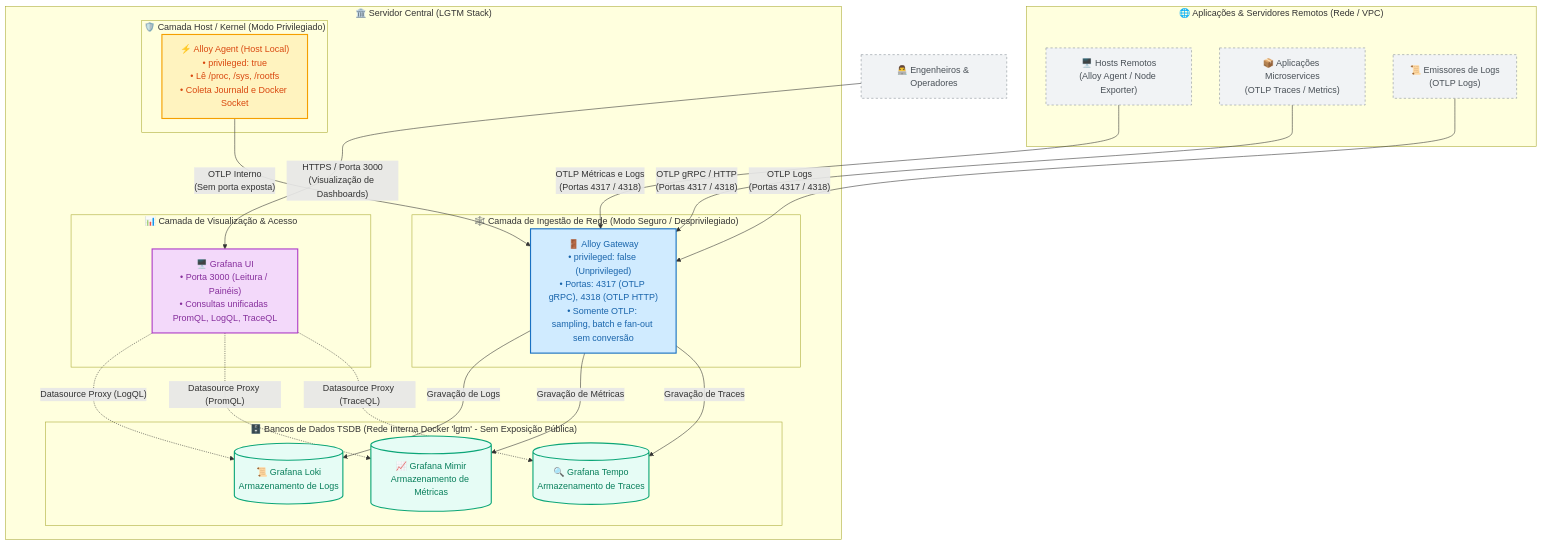
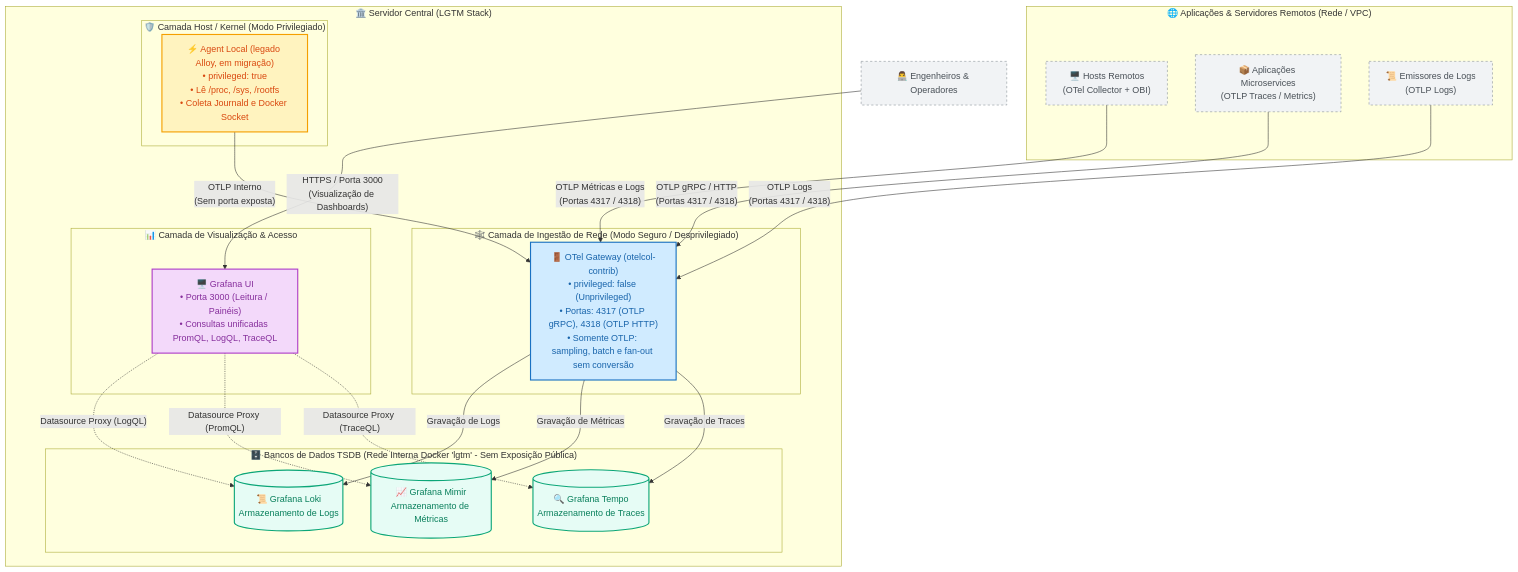
Before and after one commit to danielsabatini/lgtm-stack-otel: the diagram in docs/ARCHITECTURE.md, drawn with Mermaid. The commit also changed other lines of this file and 64 other files, not shown here.

````diff
--- a/docs/ARCHITECTURE.md
+++ b/docs/ARCHITECTURE.md
@@ -32,52 +32,52 @@
 ```mermaid
 flowchart TB
     %% Estilos e Classes
     classDef hostBox fill:#f8f9fa,stroke:#495057,stroke-width:2px,color:#212529;
     classDef privBox fill:#fff3bf,stroke:#f59f00,stroke-width:2px,color:#d9480f;
     classDef gtwBox fill:#d0ebff,stroke:#1971c2,stroke-width:2px,color:#1864ab;
     classDef tsdbBox fill:#e6fcf5,stroke:#0ca678,stroke-width:2px,color:#087f5b;
     classDef uiBox fill:#f3d9fa,stroke:#ae3ec9,stroke-width:2px,color:#862e9c;
     classDef extBox fill:#f1f3f5,stroke:#868e96,stroke-dasharray: 4 4,color:#495057;
 
     subgraph EXT ["🌐 Aplicações & Servidores Remotos (Rede / VPC)"]
-        APP1["🖥️ Hosts Remotos<br/>(Alloy Agent / Node Exporter)"]:::extBox
+        APP1["🖥️ Hosts Remotos<br/>(OTel Collector + OBI)"]:::extBox
         APP2["📦 Aplicações Microservices<br/>(OTLP Traces / Metrics)"]:::extBox
         APP3["📜 Emissores de Logs<br/>(OTLP Logs)"]:::extBox
     end
 
     subgraph STACK ["🏛️ Servidor Central (LGTM Stack)"]
         subgraph PRIV ["🛡️ Camada Host / Kernel (Modo Privilegiado)"]
-            AGENT["⚡ Alloy Agent (Host Local)<br/>• privileged: true<br/>• Lê /proc, /sys, /rootfs<br/>• Coleta Journald e Docker Socket"]:::privBox
+            AGENT["⚡ Agent Local (legado Alloy, em migração)<br/>• privileged: true<br/>• Lê /proc, /sys, /rootfs<br/>• Coleta Journald e Docker Socket"]:::privBox
         end
 
         subgraph UNPRIV ["🕸️ Camada de Ingestão de Rede (Modo Seguro / Desprivilegiado)"]
-            GATEWAY["🚪 Alloy Gateway<br/>• privileged: false (Unprivileged)<br/>• Portas: 4317 (OTLP gRPC), 4318 (OTLP HTTP)<br/>• Somente OTLP: sampling, batch e fan-out sem conversão"]:::gtwBox
+            GATEWAY["🚪 OTel Gateway (otelcol-contrib)<br/>• privileged: false (Unprivileged)<br/>• Portas: 4317 (OTLP gRPC), 4318 (OTLP HTTP)<br/>• Somente OTLP: sampling, batch e fan-out sem conversão"]:::gtwBox
         end
 
         subgraph BACKENDS ["🗄️ Bancos de Dados TSDB (Rede Interna Docker 'lgtm' - Sem Exposição Pública)"]
             LOKI[("📜 Grafana Loki<br/>Armazenamento de Logs")]:::tsdbBox
             MIMIR[("📈 Grafana Mimir<br/>Armazenamento de Métricas")]:::tsdbBox
             TEMPO[("🔍 Grafana Tempo<br/>Armazenamento de Traces")]:::tsdbBox
         end
 
         subgraph FRONTEND ["📊 Camada de Visualização & Acesso"]
             GRAFANA["🖥️ Grafana UI<br/>• Porta 3000 (Leitura / Painéis)<br/>• Consultas unificadas PromQL, LogQL, TraceQL"]:::uiBox
         end
     end
 
     %% Conexões e Fluxos
     AGENT -->|"OTLP Interno<br/>(Sem porta exposta)"| GATEWAY
     APP1 -->|"OTLP Métricas e Logs<br/>(Portas 4317 / 4318)"| GATEWAY
     APP2 -->|"OTLP gRPC / HTTP<br/>(Portas 4317 / 4318)"| GATEWAY
     APP3 -->|"OTLP Logs<br/>(Portas 4317 / 4318)"| GATEWAY
 
     GATEWAY -->|"Gravação de Logs"| LOKI
     GATEWAY -->|"Gravação de Métricas"| MIMIR
     GATEWAY -->|"Gravação de Traces"| TEMPO
 
     GRAFANA -.->|"Datasource Proxy (LogQL)"| LOKI
     GRAFANA -.->|"Datasource Proxy (PromQL)"| MIMIR
     GRAFANA -.->|"Datasource Proxy (TraceQL)"| TEMPO
 
     USER["👨‍💻 Engenheiros & Operadores"]:::extBox -->|"HTTPS / Porta 3000<br/>(Visualização de Dashboards)"| GRAFANA
 ```
````
